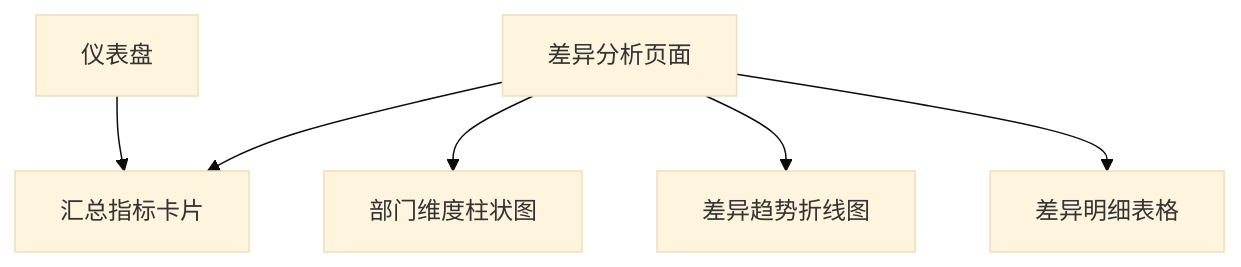
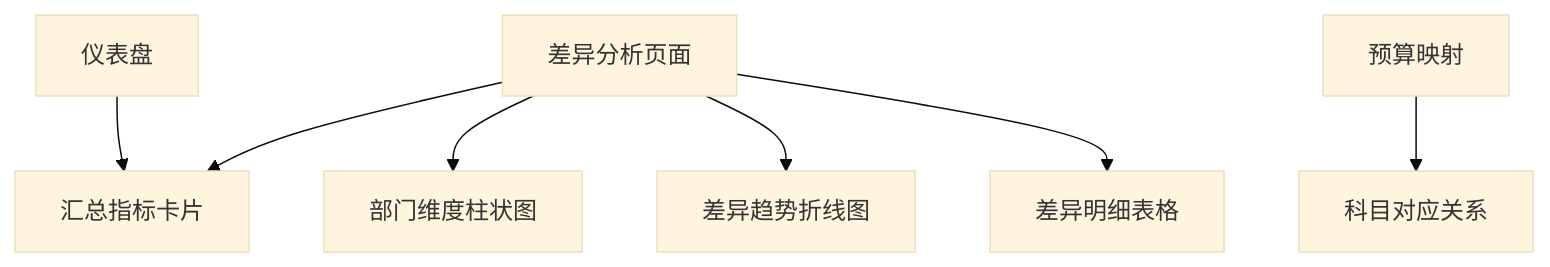
One commit to LouisFantansy/Budget_Mgt_Enterprise changed the seventh of 9 diagrams in .qoder/repowiki/zh/content/核心功能模块/核心功能模块.md. Above: the diagram before and after it, drawn with Mermaid (base theme). The commit also changed other lines of this file and 10 other files, not shown here.

````diff
--- a/.qoder/repowiki/zh/content/核心功能模块/核心功能模块.md
+++ b/.qoder/repowiki/zh/content/核心功能模块/核心功能模块.md
@@ -298,8 +357,9 @@
 ```mermaid
 flowchart TD
 A["差异分析页面"] --> Sum["汇总指标卡片"]
 A --> Dept["部门维度柱状图"]
 A --> Trend["差异趋势折线图"]
 A --> Detail["差异明细表格"]
 Dash["仪表盘"] --> Sum
+M["预算映射"] --> Mapping["科目对应关系"]
 ```
````
